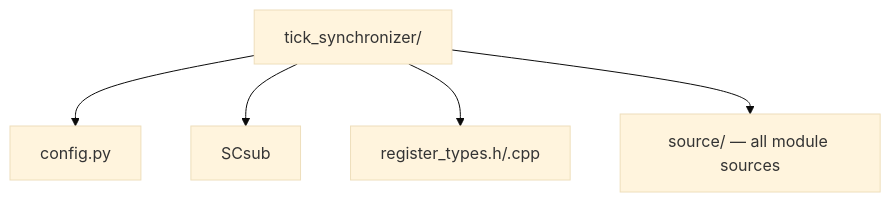
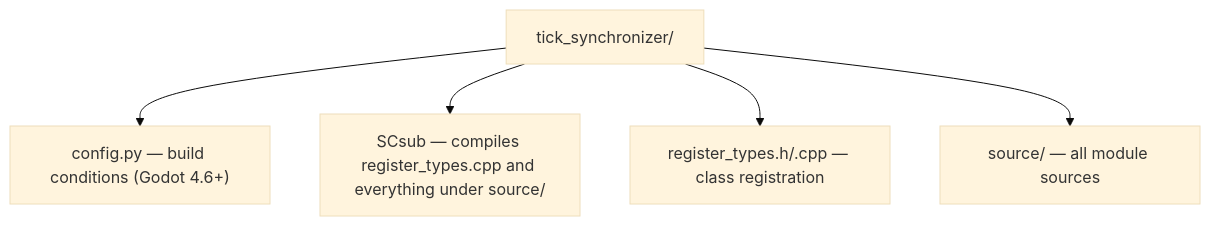
One commit to Malkverbena/TickSynchronizer changed the second of 2 diagrams in README.md. Above: the diagram before and after it, drawn with Mermaid (base theme). The commit also changed other lines of this file, not shown here.

````diff
--- a/README.md
+++ b/README.md
@@ -10,7 +103,7 @@
 ```mermaid
 flowchart TB
-    m["tick_synchronizer/"] --> cfg["config.py"]
-    m --> scsub["SCsub"]
-    m --> reg["register_types.h/.cpp"]
+    m["tick_synchronizer/"] --> cfg["config.py — build conditions (Godot 4.6+)"]
+    m --> scsub["SCsub — compiles register_types.cpp and everything under source/"]
+    m --> reg["register_types.h/.cpp — class registration"]
     m --> src["source/ — all module sources"]
 ```
````
